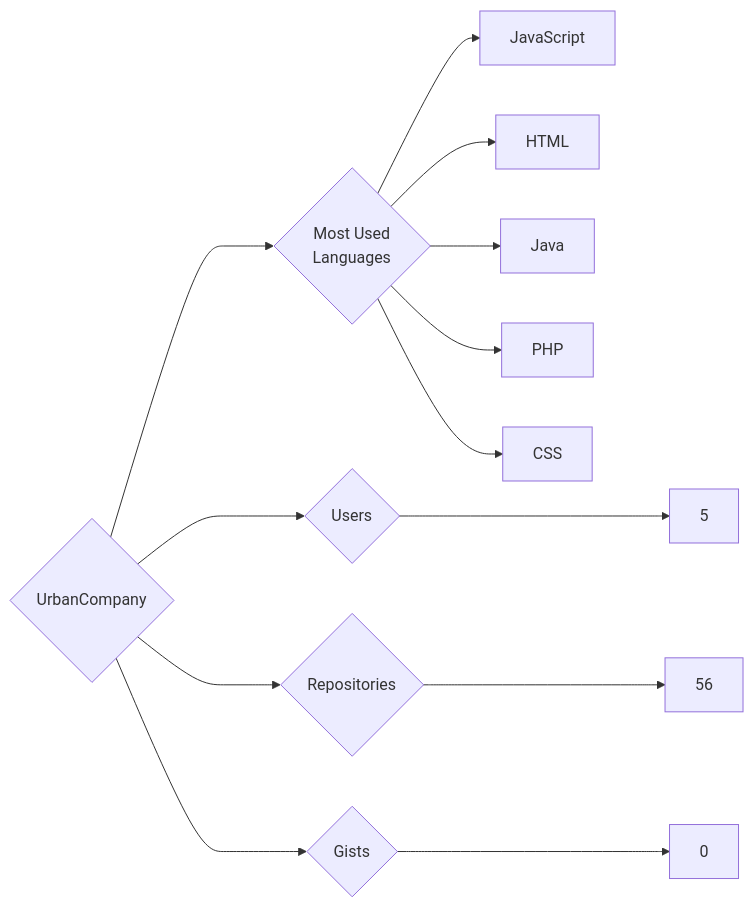
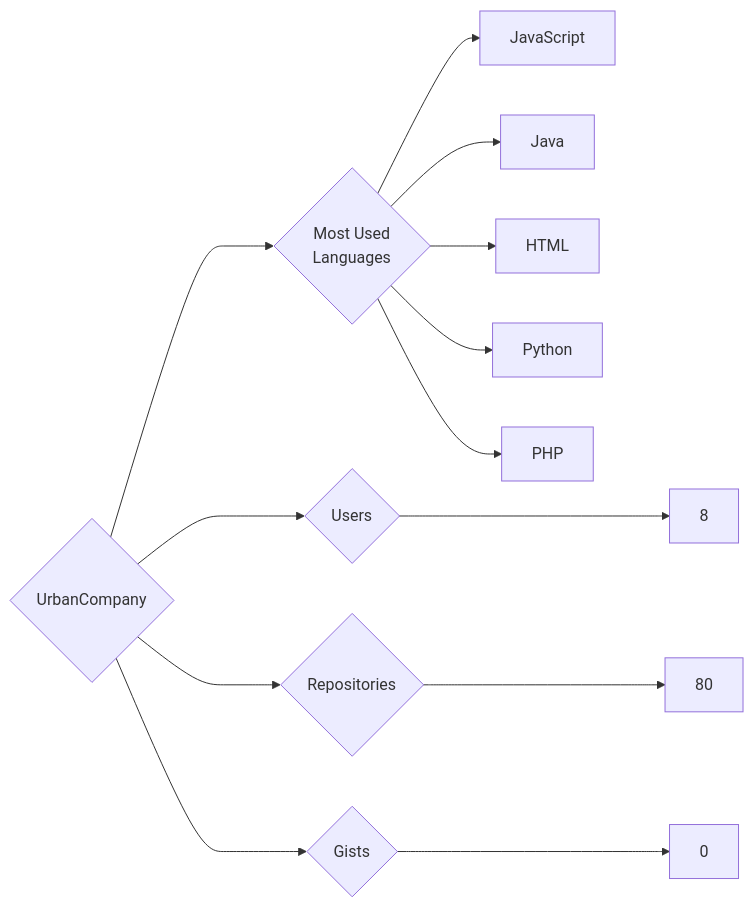
Before and after one commit to trickest/insiders: the diagram in targets/UrbanCompany/README.md, drawn with Mermaid. The commit also changed 970 other files, not shown here.

````diff
--- a/targets/UrbanCompany/README.md
+++ b/targets/UrbanCompany/README.md
@@ -3,13 +3,13 @@
 ```mermaid
 graph LR
 COMPANY_NAME{UrbanCompany}
-COMPANY_NAME ---> U{Users} ---> UN[5]
-COMPANY_NAME ---> R{Repositories} ---> RN[56]
+COMPANY_NAME ---> U{Users} ---> UN[8]
+COMPANY_NAME ---> R{Repositories} ---> RN[80]
 COMPANY_NAME ---> G{Gists} ---> GN[0]
 COMPANY_NAME ---> ML{Most Used<br>Languages}
 ML --> JavaScript[JavaScript]
+ML --> Java[Java]
 ML --> HTML[HTML]
-ML --> Java[Java]
+ML --> Python[Python]
 ML --> PHP[PHP]
-ML --> CSS[CSS]
 ```
````
